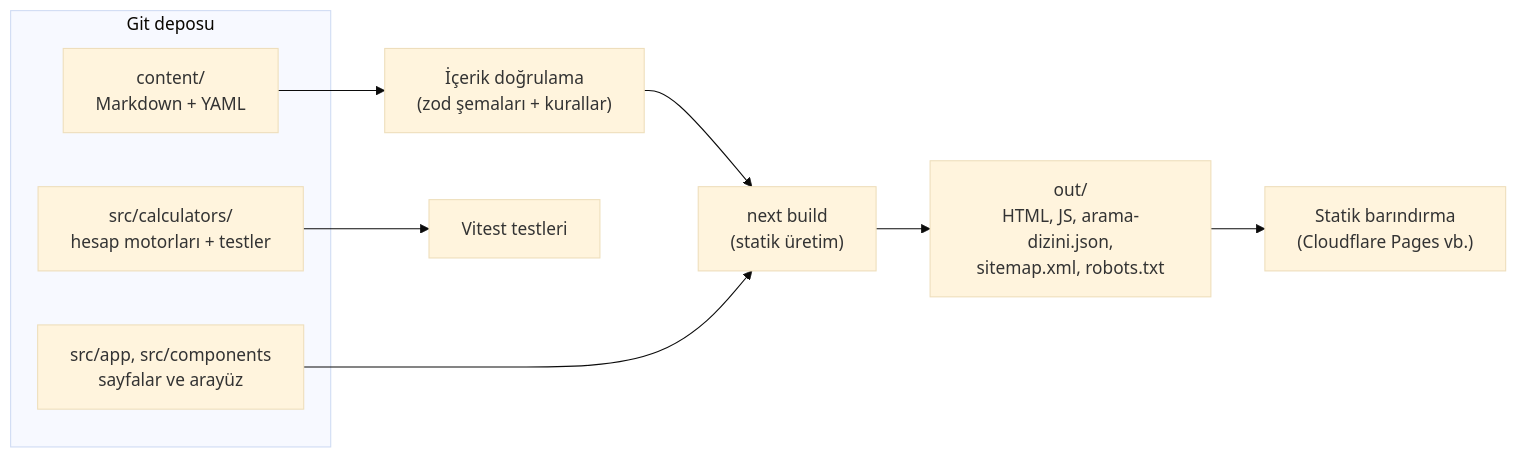
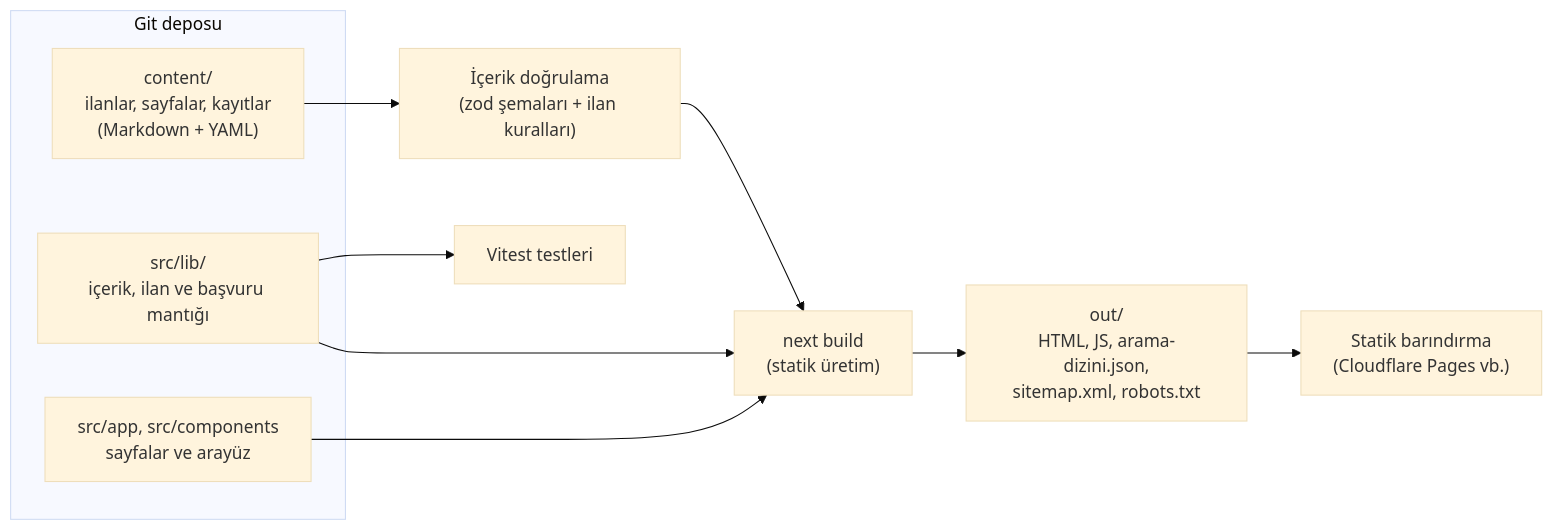
Before and after one commit to omerhayva/maden360: the diagram in docs/mimari.md, drawn with Mermaid (base theme). The commit also changed other lines of this file and 165 other files, not shown here.

````diff
--- a/docs/mimari.md
+++ b/docs/mimari.md
@@ -10,14 +10,15 @@
 ```mermaid
 flowchart LR
     subgraph Depo["Git deposu"]
-        C["content/<br/>Markdown + YAML"]
-        K["src/calculators/<br/>hesap motorları + testler"]
+        C["content/<br/>ilanlar, sayfalar, kayıtlar<br/>(Markdown + YAML)"]
+        L["src/lib/<br/>içerik, ilan ve başvuru mantığı"]
         A["src/app, src/components<br/>sayfalar ve arayüz"]
     end
-    C --> V["İçerik doğrulama<br/>(zod şemaları + kurallar)"]
-    K --> T["Vitest testleri"]
+    C --> V["İçerik doğrulama<br/>(zod şemaları + ilan kuralları)"]
+    L --> T["Vitest testleri"]
     V --> B["next build<br/>(statik üretim)"]
+    L --> B
     A --> B
     B --> O["out/<br/>HTML, JS, arama-dizini.json,<br/>sitemap.xml, robots.txt"]
     O --> H["Statik barındırma<br/>(Cloudflare Pages vb.)"]
 ```
````
